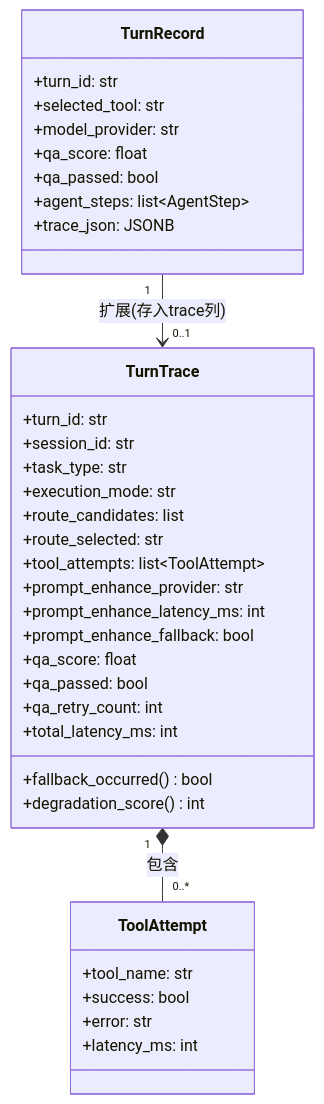
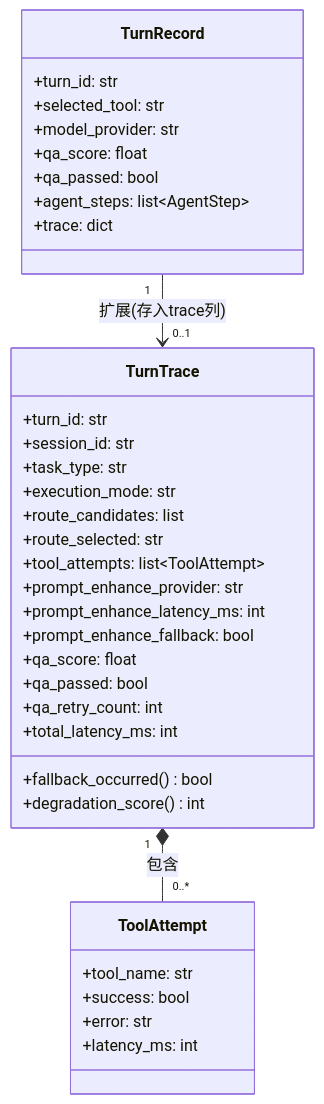
Before and after one commit to FGG100y/fmhWiki: the third of 3 diagrams in docs/trace-design.md, drawn with Mermaid. The commit also changed other lines of this file and 7 other files, not shown here.

````diff
--- a/docs/trace-design.md
+++ b/docs/trace-design.md
@@ -262,41 +262,41 @@
 ```mermaid
 classDiagram
     class TurnTrace {
         +turn_id: str
         +session_id: str
         +task_type: str
         +execution_mode: str
         +route_candidates: list
         +route_selected: str
         +tool_attempts: list~ToolAttempt~
         +prompt_enhance_provider: str
         +prompt_enhance_latency_ms: int
         +prompt_enhance_fallback: bool
         +qa_score: float
         +qa_passed: bool
         +qa_retry_count: int
         +total_latency_ms: int
         +fallback_occurred() bool
         +degradation_score() int
     }
 
     class ToolAttempt {
         +tool_name: str
         +success: bool
         +error: str
         +latency_ms: int
     }
 
     class TurnRecord {
         +turn_id: str
         +selected_tool: str
         +model_provider: str
         +qa_score: float
         +qa_passed: bool
         +agent_steps: list~AgentStep~
-        +trace_json: JSONB
+        +trace: dict
     }
 
     TurnTrace "1" *-- "0..*" ToolAttempt : 包含
     TurnRecord "1" --> "0..1" TurnTrace : 扩展(存入trace列)
 ```
````
